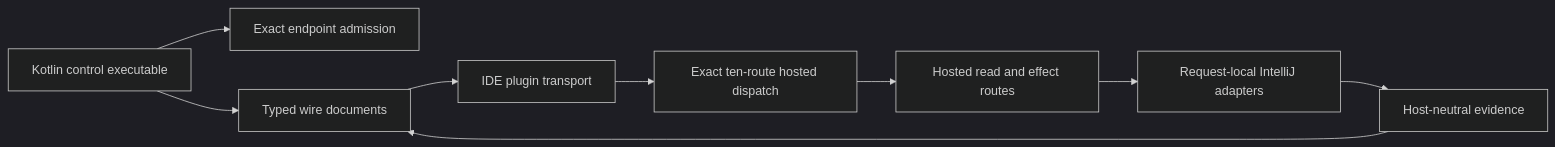
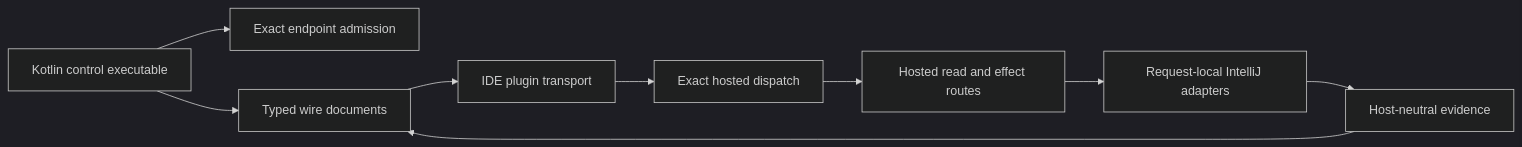
The second of 2 diagrams in docs/public/explanation/how-kast-works.mdx (amichne/kast), drawn with Mermaid (dark theme) before and after one commit. The commit also changed other lines of this file and 86 other files, not shown here.

````diff
--- a/docs/public/explanation/how-kast-works.mdx
+++ b/docs/public/explanation/how-kast-works.mdx
@@ -128,11 +128,11 @@
     ```mermaid placement="top-right" actions={true}
     flowchart LR
         CLI[Kotlin control executable] --> ADMIT[Exact endpoint admission]
         CLI --> WIRE[Typed wire documents]
         WIRE --> TRANSPORT[IDE plugin transport]
-        TRANSPORT --> DISPATCH[Exact ten-route hosted dispatch]
+        TRANSPORT --> DISPATCH[Exact hosted dispatch]
         DISPATCH --> ROUTES[Hosted read and effect routes]
         ROUTES --> K2[Request-local IntelliJ adapters]
         K2 --> EVIDENCE[Host-neutral evidence]
         EVIDENCE --> WIRE
     ```
````
